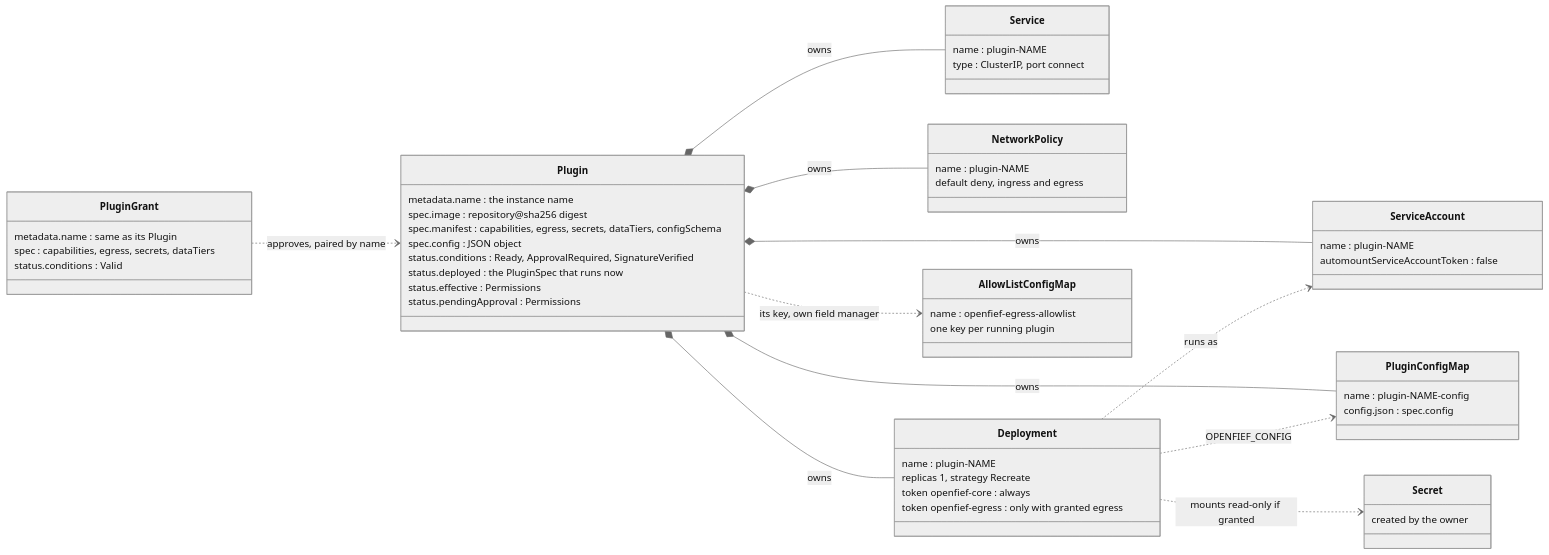
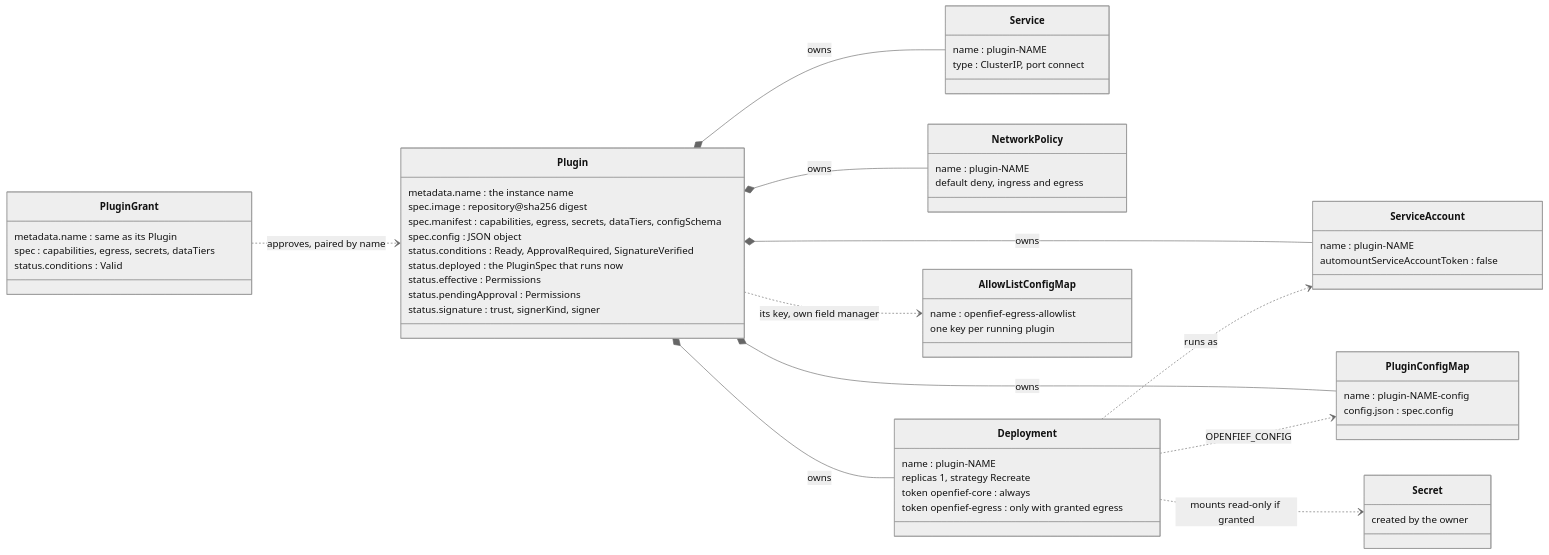
Before and after one commit to arkadiuss/openfief: the first of 4 diagrams in docs/concepts/operator.md, drawn with Mermaid (neutral theme). The commit also changed other lines of this file and 17 other files, not shown here.

First line of the commit message:
feat(operator): name the trusted signer in the Plugin status

````diff
--- a/docs/concepts/operator.md
+++ b/docs/concepts/operator.md
@@ -53,58 +53,59 @@
 ```mermaid
 classDiagram
   direction LR
   class Plugin {
     metadata.name : the instance name
     spec.image : repository@sha256 digest
     spec.manifest : capabilities, egress, secrets, dataTiers, configSchema
     spec.config : JSON object
     status.conditions : Ready, ApprovalRequired, SignatureVerified
     status.deployed : the PluginSpec that runs now
     status.effective : Permissions
     status.pendingApproval : Permissions
+    status.signature : trust, signerKind, signer
   }
   class PluginGrant {
     metadata.name : same as its Plugin
     spec : capabilities, egress, secrets, dataTiers
     status.conditions : Valid
   }
   class ServiceAccount {
     name : plugin-NAME
     automountServiceAccountToken : false
   }
   class PluginConfigMap {
     name : plugin-NAME-config
     config.json : spec.config
   }
   class Service {
     name : plugin-NAME
     type : ClusterIP, port connect
   }
   class NetworkPolicy {
     name : plugin-NAME
     default deny, ingress and egress
   }
   class Deployment {
     name : plugin-NAME
     replicas 1, strategy Recreate
     token openfief-core : always
     token openfief-egress : only with granted egress
   }
   class AllowListConfigMap {
     name : openfief-egress-allowlist
     one key per running plugin
   }
   class Secret {
     created by the owner
   }
   PluginGrant ..> Plugin : approves, paired by name
   Plugin *-- ServiceAccount : owns
   Plugin *-- PluginConfigMap : owns
   Plugin *-- Service : owns
   Plugin *-- NetworkPolicy : owns
   Plugin *-- Deployment : owns
   Plugin ..> AllowListConfigMap : its key, own field manager
   Deployment ..> ServiceAccount : runs as
   Deployment ..> PluginConfigMap : OPENFIEF_CONFIG
   Deployment ..> Secret : mounts read-only if granted
 ```
````
